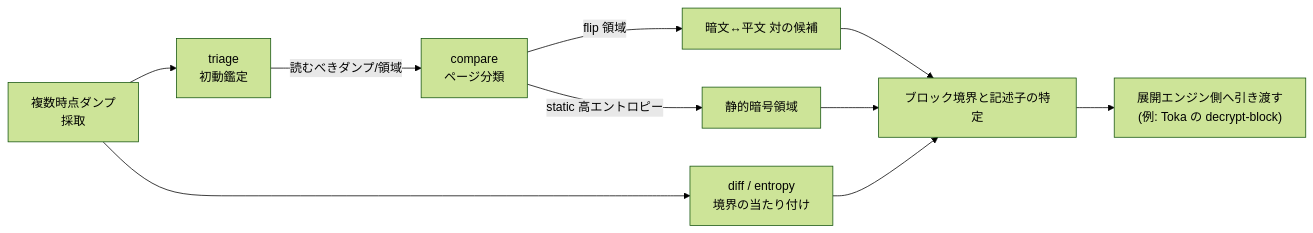
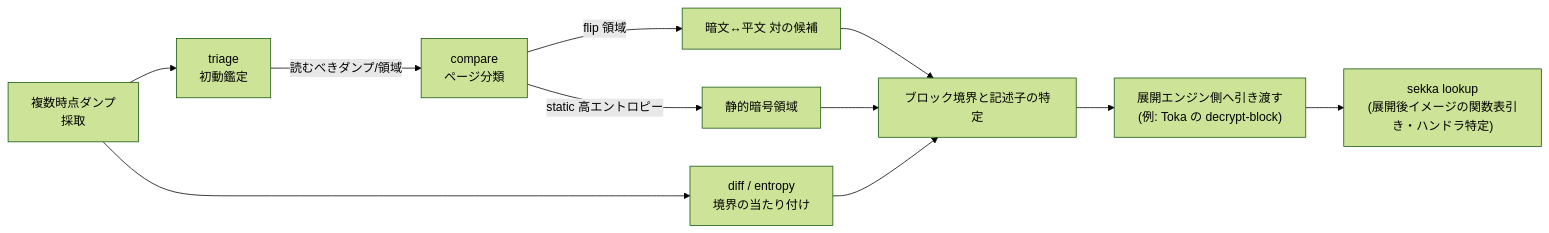
One commit to sh-sunfaded/dumpdiff changed the diagram in README.md. Above: the diagram before and after it, drawn with Mermaid (forest theme). The commit also changed other lines of this file, not shown here.

Commit message:
docs: READMEにワークフロー図のsekka連携・関連ツール節・--version例を追加

````diff
--- a/README.md
+++ b/README.md
@@ -22,10 +22,11 @@
 ```mermaid
 flowchart LR
     D[複数時点ダンプ<br/>採取] --> TR[triage<br/>初動鑑定]
     TR -->|読むべきダンプ/領域| C[compare<br/>ページ分類]
     C -->|flip 領域| P[暗文↔平文 対の候補]
     C -->|static 高エントロピー| E[静的暗号領域]
     D --> R[diff / entropy<br/>境界の当たり付け]
     P & E & R --> N[ブロック境界と記述子の特定]
     N --> T["展開エンジン側へ引き渡す<br/>(例: Toka の decrypt-block)"]
+    T --> SK["sekka lookup<br/>(展開後イメージの関数表引き・ハンドラ特定)"]
 ```
````
